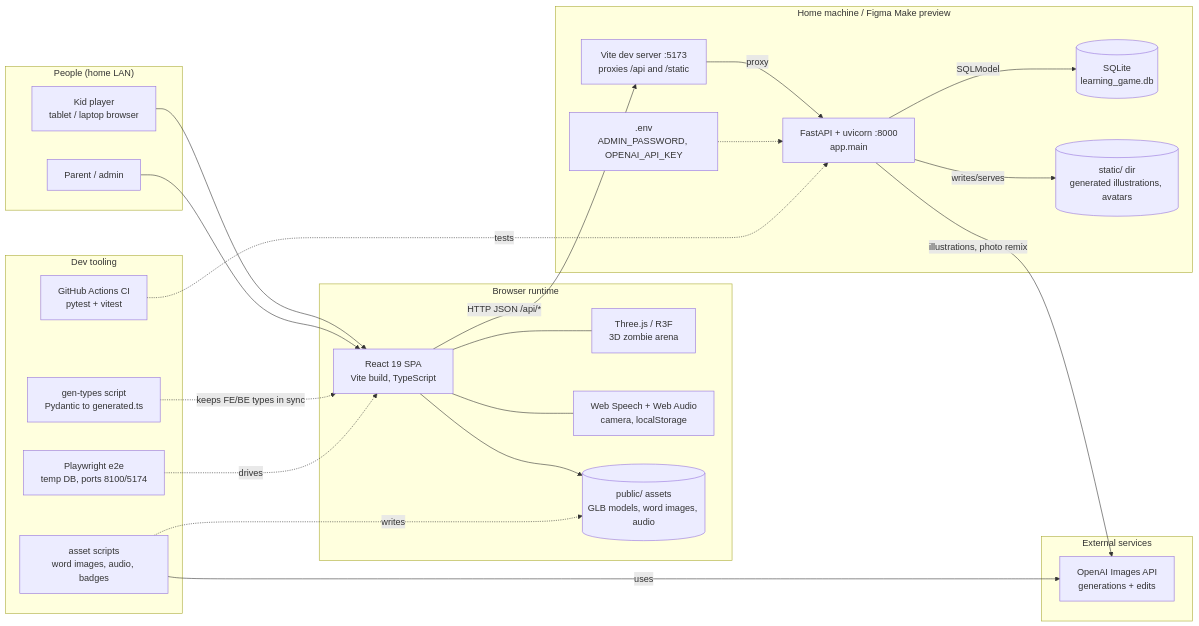
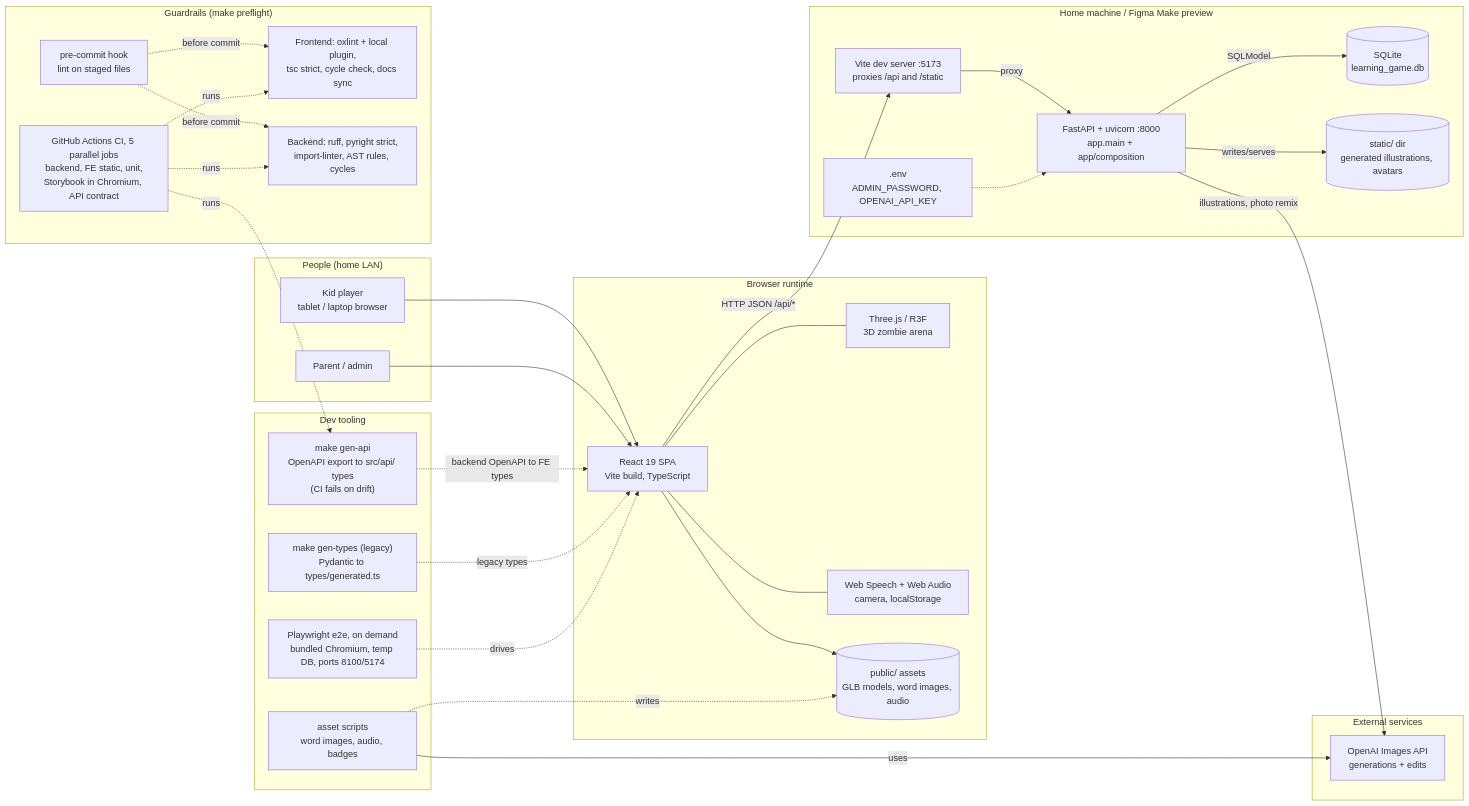
The diagram in docs/architecture/1-system.mmd (behroozkhorashadi/learning-game), drawn with Mermaid before and after one commit. The commit also changed 18 other files, not shown here.

First line of the commit message:
Update architecture diagrams, enforce they track the code, use bundled Chromium

```diff
--- a/docs/architecture/1-system.mmd
+++ b/docs/architecture/1-system.mmd
@@ -1,48 +1,57 @@
 flowchart LR
   subgraph Users["People (home LAN)"]
     kid["Kid player<br/>tablet / laptop browser"]
     parent["Parent / admin"]
   end
 
   subgraph Browser["Browser runtime"]
     spa["React 19 SPA<br/>Vite build, TypeScript"]
     three["Three.js / R3F<br/>3D zombie arena"]
     webapis["Web Speech + Web Audio<br/>camera, localStorage"]
     glb[("public/ assets<br/>GLB models, word images, audio")]
   end
 
   subgraph Host["Home machine / Figma Make preview"]
     vite["Vite dev server :5173<br/>proxies /api and /static"]
-    api["FastAPI + uvicorn :8000<br/>app.main"]
+    api["FastAPI + uvicorn :8000<br/>app.main + app/composition"]
     db[("SQLite<br/>learning_game.db")]
     static[("static/ dir<br/>generated illustrations, avatars")]
     env[".env<br/>ADMIN_PASSWORD, OPENAI_API_KEY"]
   end
 
   subgraph External["External services"]
     openai["OpenAI Images API<br/>generations + edits"]
   end
 
   subgraph Tooling["Dev tooling"]
-    gentypes["gen-types script<br/>Pydantic to generated.ts"]
+    genapi["make gen-api<br/>OpenAPI export to src/api/ types<br/>(CI fails on drift)"]
+    gentypes["make gen-types (legacy)<br/>Pydantic to types/generated.ts"]
     genassets["asset scripts<br/>word images, audio, badges"]
-    ci["GitHub Actions CI<br/>pytest + vitest"]
-    e2e["Playwright e2e<br/>temp DB, ports 8100/5174"]
+    e2e["Playwright e2e, on demand<br/>bundled Chromium, temp DB, ports 8100/5174"]
+  end
+
+  subgraph Guardrails["Guardrails (make preflight)"]
+    felint["Frontend: oxlint + local plugin,<br/>tsc strict, cycle check, docs sync"]
+    belint["Backend: ruff, pyright strict,<br/>import-linter, AST rules, cycles"]
+    hook["pre-commit hook<br/>lint on staged files"]
+    ci["GitHub Actions CI, 5 parallel jobs<br/>backend, FE static, unit,<br/>Storybook in Chromium, API contract"]
   end
 
   kid --> spa
   parent --> spa
   spa --- three
   spa --- webapis
   spa --> glb
   spa -- "HTTP JSON /api/*" --> vite
   vite -- proxy --> api
   api -- SQLModel --> db
   api -- writes/serves --> static
   env -.-> api
   api -- "illustrations, photo remix" --> openai
-  gentypes -. "keeps FE/BE types in sync" .-> spa
+  genapi -. "backend OpenAPI to FE types" .-> spa
+  gentypes -. "legacy types" .-> spa
   genassets -- uses --> openai
   genassets -. writes .-> glb
   e2e -. drives .-> spa
-  ci -. tests .-> api
+  hook -. "before commit" .-> felint & belint
+  ci -. runs .-> felint & belint & genapi
```
